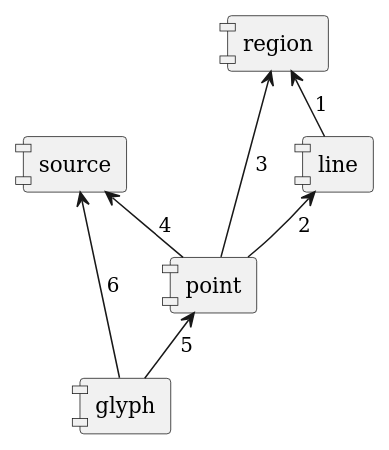
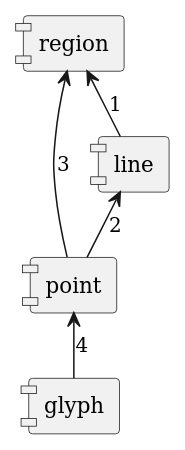
Before and after one commit to zwerdlds/GlyphMosaic: the diagram in documentation/Specification/diagrams/top_level_modules.plantuml, drawn with PlantUML. The commit also changed 23 other files, not shown here.

```diff
--- a/documentation/Specification/diagrams/top_level_modules.plantuml
+++ b/documentation/Specification/diagrams/top_level_modules.plantuml
@@ -1,19 +1,16 @@
 @startuml top_level_modules
 skinparam ranksep 25
 skinparam componentStyle uml1
 skinparam defaultFontName DejaVu Serif
 
-component "source" as src
 component "region" as reg
 component "line" as line
 component "point" as pts
 component "glyph" as gly
 
 line -u-> reg : 1
 pts -u-> line : 2
 pts -u-> reg : 3
-pts -u-> src : 4
-gly -u-> pts : 5
-gly -u-> src : 6
+gly -u-> pts : 4
 
 @enduml
```
